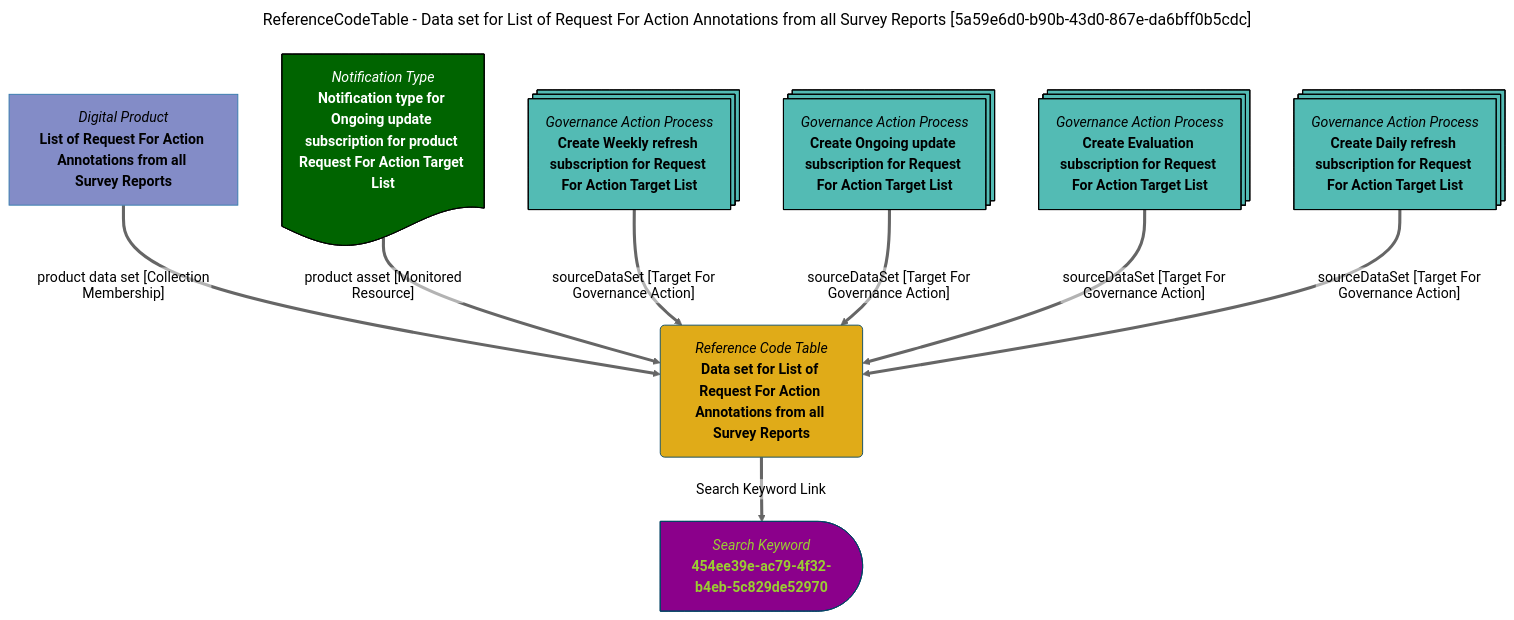
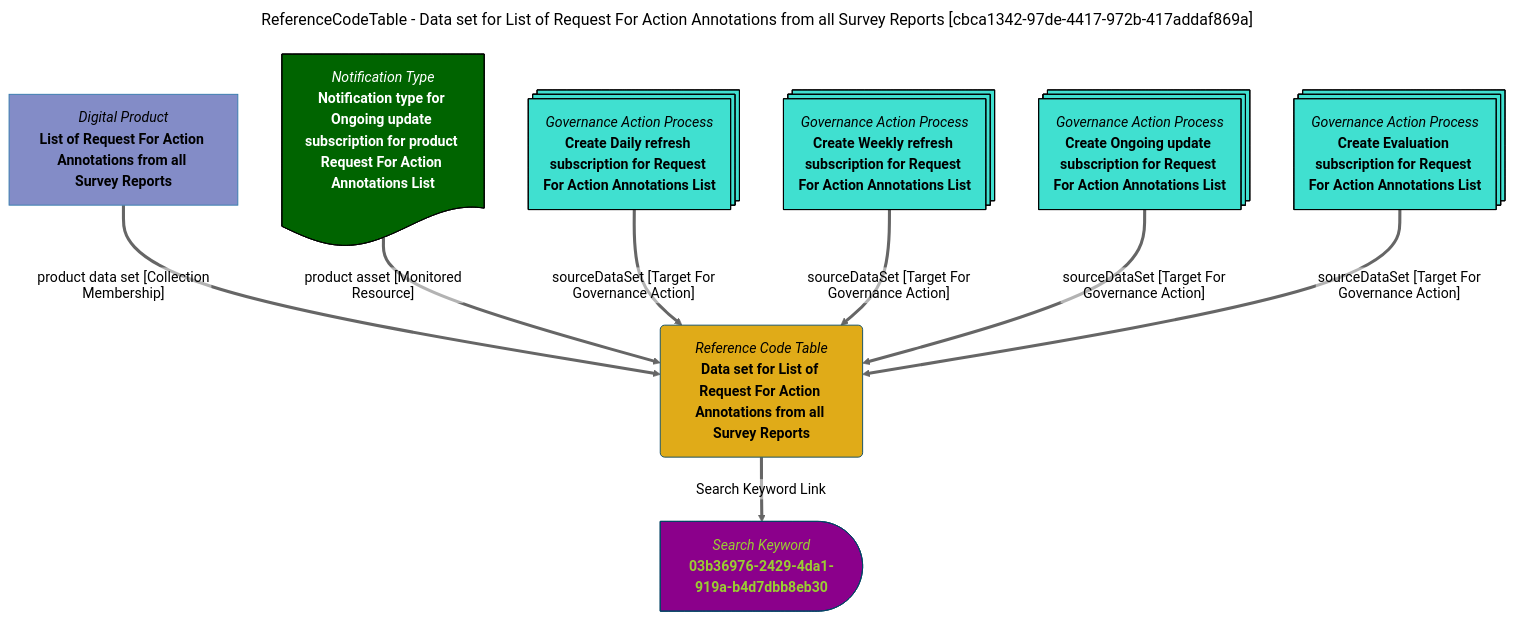
Before and after one commit to odpi/egeria-docs: the diagram in site/snippets/data-assets/data-set-for-list-of-request-for-action-annotations-from-all-survey-reports-mermaid-graph.md, drawn with Mermaid (neutral theme). The commit also changed 2201 other files, not shown here.

````diff
--- a/site/snippets/data-assets/data-set-for-list-of-request-for-action-annotations-from-all-survey-reports-mermaid-graph.md
+++ b/site/snippets/data-assets/data-set-for-list-of-request-for-action-annotations-from-all-survey-reports-mermaid-graph.md
@@ -1,39 +1,39 @@
 ```mermaid
 ---
-title: ReferenceCodeTable - Data set for List of Request For Action Annotations from all Survey Reports [5a59e6d0-b90b-43d0-867e-da6bff0b5cdc]
+title: ReferenceCodeTable - Data set for List of Request For Action Annotations from all Survey Reports [cbca1342-97de-4417-972b-417addaf869a]
 ---
 flowchart TD
 %%{init: {"flowchart": {"htmlLabels": false}} }%%
 
 1@{ shape: rounded, label: "*Reference Code Table*
 **Data set for List of Request For Action Annotations from all Survey Reports**"}
 2@{ shape: delay, label: "*Search Keyword*
-**454ee39e-ac79-4f32-b4eb-5c829de52970**"}
+**03b36976-2429-4da1-919a-b4d7dbb8eb30**"}
 1==>|"Search Keyword Link"|2
 3@{ shape: rect, label: "*Digital Product*
 **List of Request For Action Annotations from all Survey Reports**"}
 3==>|"product data set [Collection Membership]"|1
 4@{ shape: doc, label: "*Notification Type*
-**Notification type for Ongoing update subscription for product Request For Action Target List**"}
+**Notification type for Ongoing update subscription for product Request For Action Annotations List**"}
 4==>|"product asset [Monitored Resource]"|1
 5@{ shape: processes, label: "*Governance Action Process*
-**Create Weekly refresh subscription for Request For Action Target List**"}
+**Create Daily refresh subscription for Request For Action Annotations List**"}
 5==>|"sourceDataSet [Target For Governance Action]"|1
 6@{ shape: processes, label: "*Governance Action Process*
-**Create Ongoing update subscription for Request For Action Target List**"}
+**Create Weekly refresh subscription for Request For Action Annotations List**"}
 6==>|"sourceDataSet [Target For Governance Action]"|1
 7@{ shape: processes, label: "*Governance Action Process*
-**Create Evaluation subscription for Request For Action Target List**"}
+**Create Ongoing update subscription for Request For Action Annotations List**"}
 7==>|"sourceDataSet [Target For Governance Action]"|1
 8@{ shape: processes, label: "*Governance Action Process*
-**Create Daily refresh subscription for Request For Action Target List**"}
+**Create Evaluation subscription for Request For Action Annotations List**"}
 8==>|"sourceDataSet [Target For Governance Action]"|1
 style 1 color:#000000, fill:#e0ab18, stroke:#004563
-style 2 color:#9acd32, fill:#8b008b, stroke:#004563
+style 2 color:#9ACD32, fill:#8B008B, stroke:#004563
 style 3 color:#000000, fill:#838cc7, stroke:#3079ab
 style 4 color:#FFFFFF, fill:#006400, stroke:#000000
-style 5 color:#000000, fill:#53bbb4, stroke:#000000
-style 6 color:#000000, fill:#53bbb4, stroke:#000000
-style 7 color:#000000, fill:#53bbb4, stroke:#000000
-style 8 color:#000000, fill:#53bbb4, stroke:#000000
+style 5 color:#000000, fill:#40E0D0, stroke:#000000
+style 6 color:#000000, fill:#40E0D0, stroke:#000000
+style 7 color:#000000, fill:#40E0D0, stroke:#000000
+style 8 color:#000000, fill:#40E0D0, stroke:#000000
 ```
````
